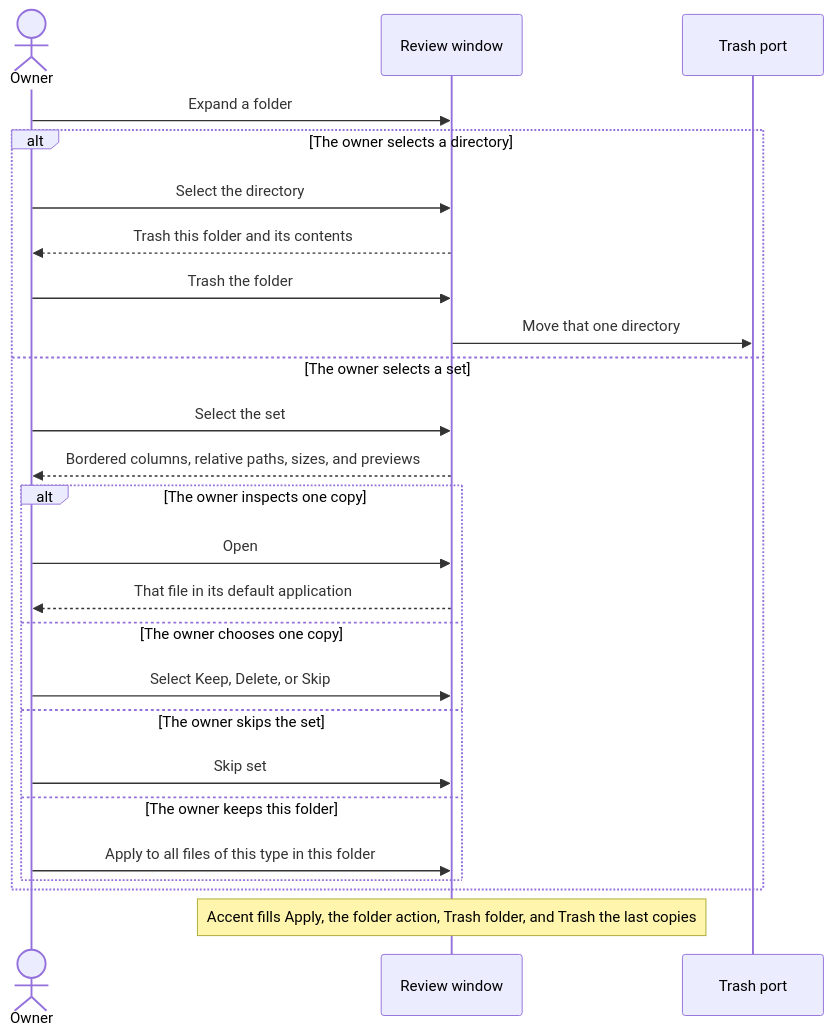
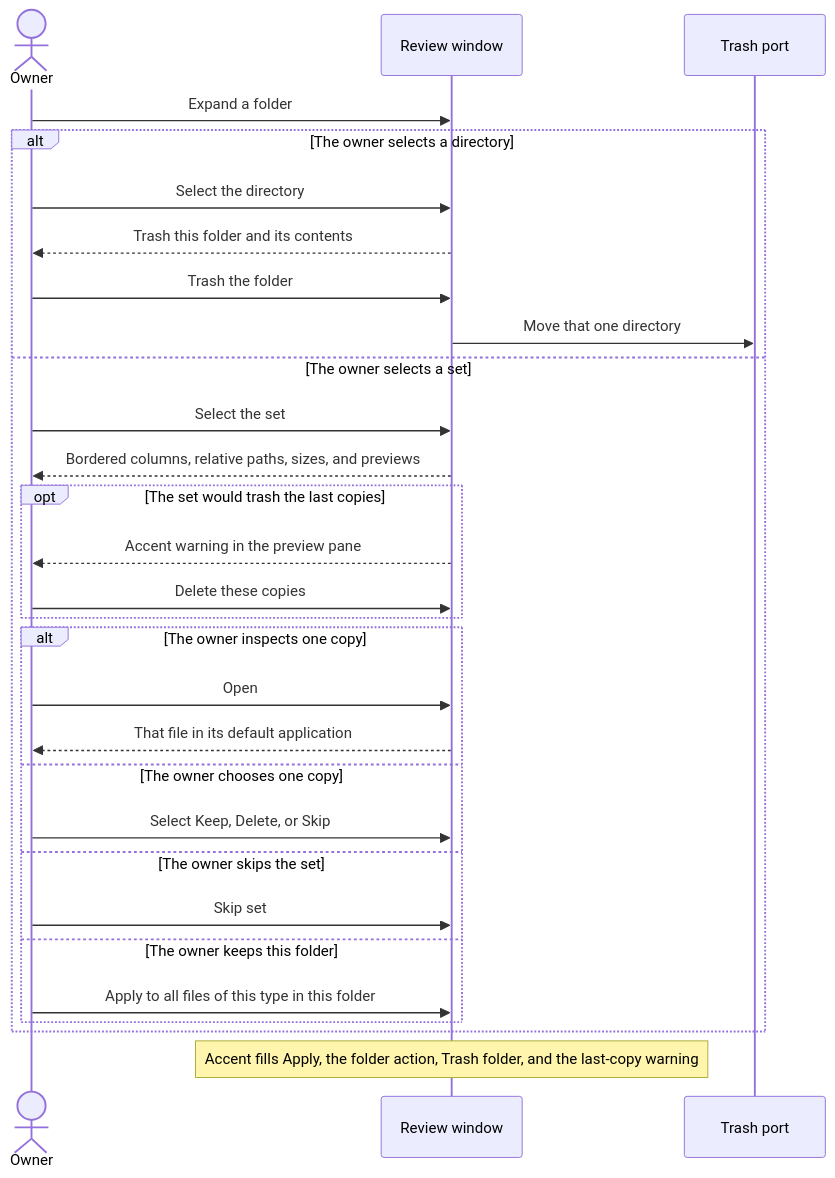
Before and after one commit to cionz0/hdsort: the fourth of 9 diagrams in docs/architecture.md, drawn with Mermaid. The commit also changed other lines of this file and 12 other files, not shown here.

Commit message:
Show each last-copy warning in that file's preview, and continue Apply only after every file is confirmed.

````diff
--- a/docs/architecture.md
+++ b/docs/architecture.md
@@ -93,27 +93,31 @@
 ```mermaid
 sequenceDiagram
   actor Owner
   participant Window as Review window
   participant Trash as Trash port
   Owner->>Window: Expand a folder
   alt The owner selects a directory
     Owner->>Window: Select the directory
     Window-->>Owner: Trash this folder and its contents
     Owner->>Window: Trash the folder
     Window->>Trash: Move that one directory
   else The owner selects a set
     Owner->>Window: Select the set
     Window-->>Owner: Bordered columns, relative paths, sizes, and previews
+    opt The set would trash the last copies
+      Window-->>Owner: Accent warning in the preview pane
+      Owner->>Window: Delete these copies
+    end
     alt The owner inspects one copy
       Owner->>Window: Open
       Window-->>Owner: That file in its default application
     else The owner chooses one copy
       Owner->>Window: Select Keep, Delete, or Skip
     else The owner skips the set
       Owner->>Window: Skip set
     else The owner keeps this folder
       Owner->>Window: Apply to all files of this type in this folder
     end
   end
-  Note over Window: Accent fills Apply, the folder action, Trash folder, and Trash the last copies
+  Note over Window: Accent fills Apply, the folder action, Trash folder, and the last-copy warning
 ```
````
